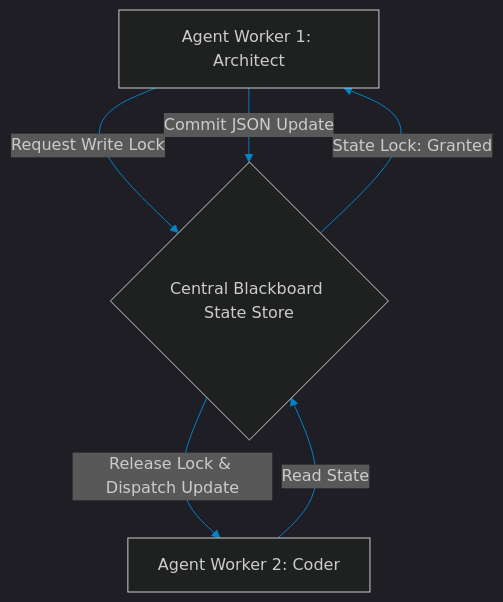
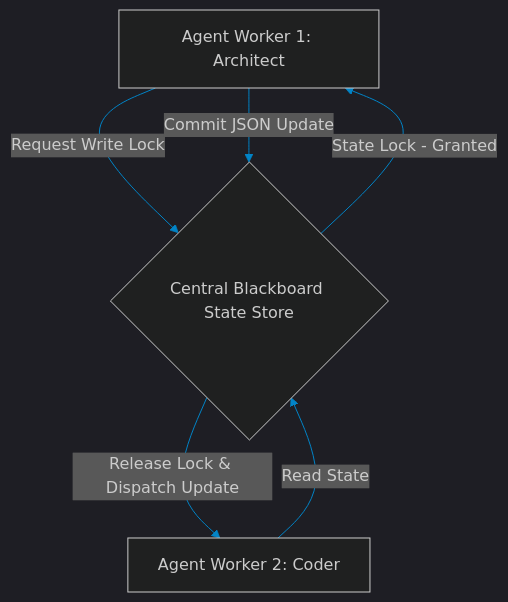
One commit to akmalkhaniub/akmalkhaniub.github.io changed the diagram in blog/posts/memory-blackboard-design-pattern-agent-state.md. Above: the diagram before and after it, drawn with Mermaid. The commit also changed 411 other files, not shown here.

````diff
--- a/blog/posts/memory-blackboard-design-pattern-agent-state.md
+++ b/blog/posts/memory-blackboard-design-pattern-agent-state.md
@@ -16,10 +16,10 @@
 ```mermaid
 %%{init: {'theme': 'dark', 'themeVariables': { 'primaryColor': '#0284c7', 'primaryTextColor': '#f3f4f6', 'primaryBorderColor': '#38bdf8', 'lineColor': '#0284c7', 'secondaryColor': '#111827', 'tertiaryColor': '#0b0f19'}}}%%
 flowchart TD
     Agent1[Agent Worker 1: Architect] -->|Request Write Lock| BB{Central Blackboard State Store}
     Agent2[Agent Worker 2: Coder] -->|Read State| BB
     
-    BB -->|State Lock: Granted| Agent1
+    BB -->|State Lock - Granted| Agent1
     Agent1 -->|Commit JSON Update| BB
     BB -->|Release Lock & Dispatch Update| Agent2
 ```
````
